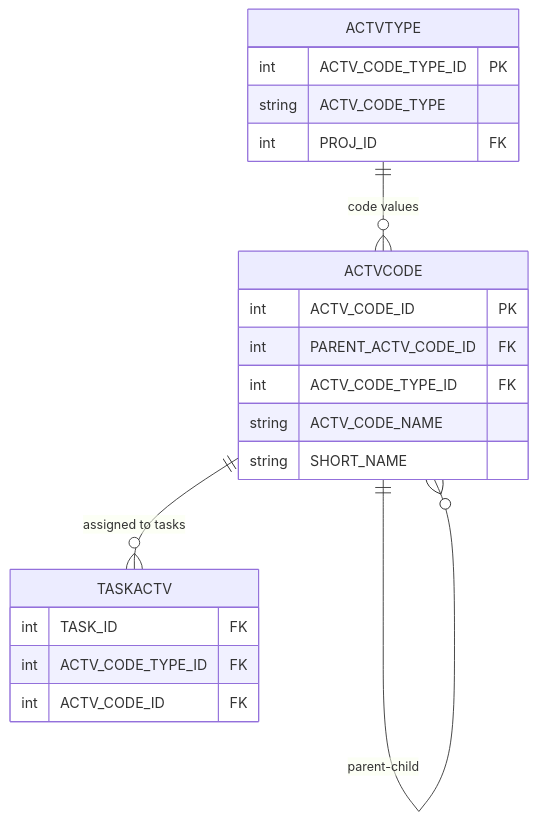
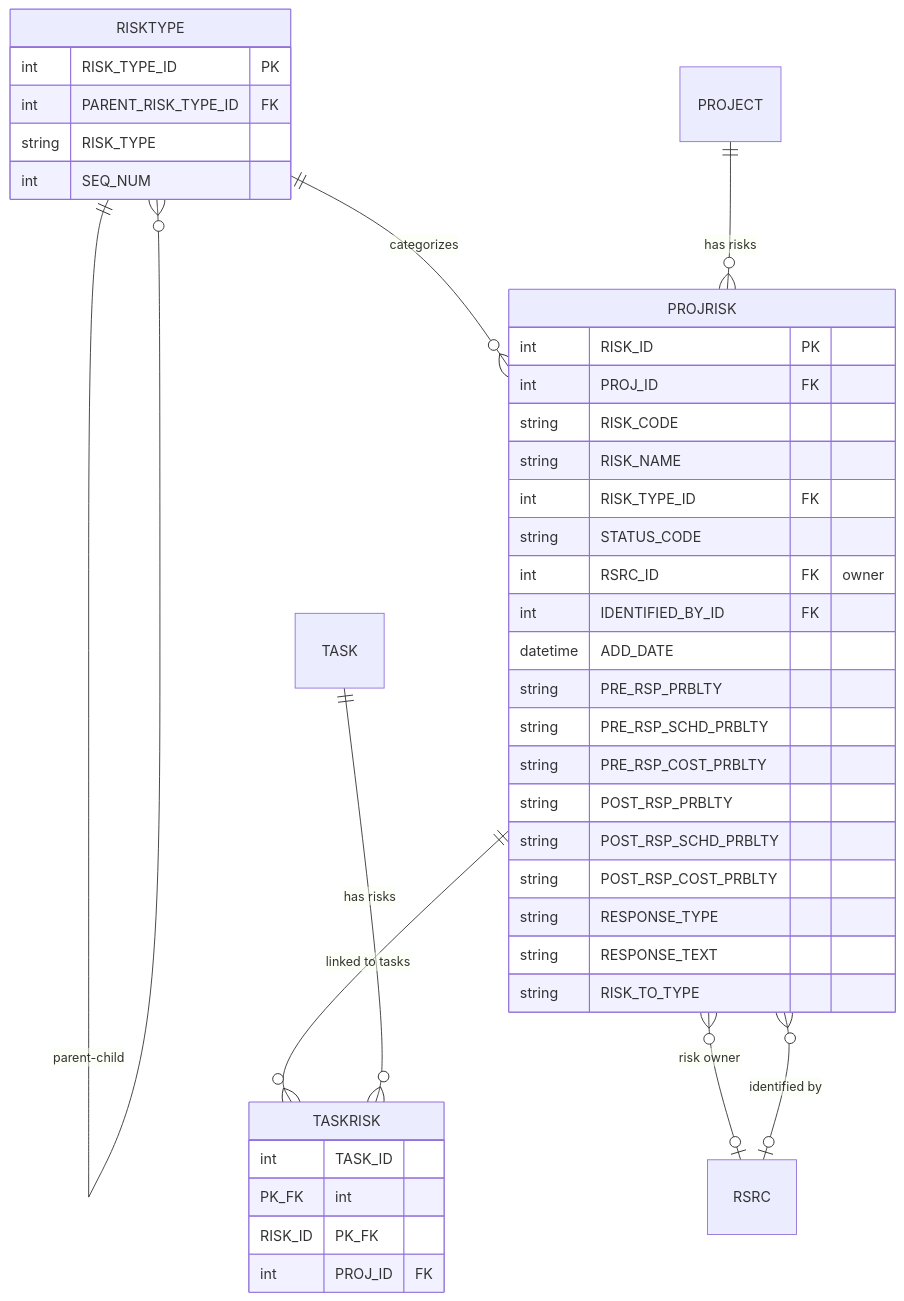
Before and after one commit to lognos/lognos_scheduler: diagram 16 of 29 in P6_SCHEMA_DOCUMENTATION.md, drawn with Mermaid. The commit also changed other lines of this file and 1 other file, not shown here.

````diff
--- a/P6_SCHEMA_DOCUMENTATION.md
+++ b/P6_SCHEMA_DOCUMENTATION.md
@@ -338,26 +1216,47 @@
 ```mermaid
 erDiagram
-    ACTVTYPE ||--o{ ACTVCODE : "code values"
-    ACTVCODE ||--o{ ACTVCODE : "parent-child"
-    ACTVCODE ||--o{ TASKACTV : "assigned to tasks"
+    RISKTYPE ||--o{ RISKTYPE : "parent-child"
+    RISKTYPE ||--o{ PROJRISK : "categorizes"
     
-    ACTVTYPE {
-        int ACTV_CODE_TYPE_ID PK
-        string ACTV_CODE_TYPE
+    PROJECT ||--o{ PROJRISK : "has risks"
+    
+    PROJRISK ||--o{ TASKRISK : "linked to tasks"
+    PROJRISK }o--o| RSRC : "risk owner"
+    PROJRISK }o--o| RSRC : "identified by"
+    
+    TASK ||--o{ TASKRISK : "has risks"
+    
+    RISKTYPE {
+        int RISK_TYPE_ID PK
+        int PARENT_RISK_TYPE_ID FK
+        string RISK_TYPE
+        int SEQ_NUM
+    }
+    
+    PROJRISK {
+        int RISK_ID PK
+        int PROJ_ID FK
+        string RISK_CODE
+        string RISK_NAME
+        int RISK_TYPE_ID FK
+        string STATUS_CODE
+        int RSRC_ID FK "owner"
+        int IDENTIFIED_BY_ID FK
+        datetime ADD_DATE
+        string PRE_RSP_PRBLTY
+        string PRE_RSP_SCHD_PRBLTY
+        string PRE_RSP_COST_PRBLTY
+        string POST_RSP_PRBLTY
+        string POST_RSP_SCHD_PRBLTY
+        string POST_RSP_COST_PRBLTY
+        string RESPONSE_TYPE
+        string RESPONSE_TEXT
+        string RISK_TO_TYPE
+    }
+    
+    TASKRISK {
+        int TASK_ID PK_FK
+        int RISK_ID PK_FK
         int PROJ_ID FK
     }
-    
-    ACTVCODE {
-        int ACTV_CODE_ID PK
-        int PARENT_ACTV_CODE_ID FK
-        int ACTV_CODE_TYPE_ID FK
-        string ACTV_CODE_NAME
-        string SHORT_NAME
-    }
-    
-    TASKACTV {
-        int TASK_ID FK
-        int ACTV_CODE_TYPE_ID FK
-        int ACTV_CODE_ID FK
-    }
 ```
````
